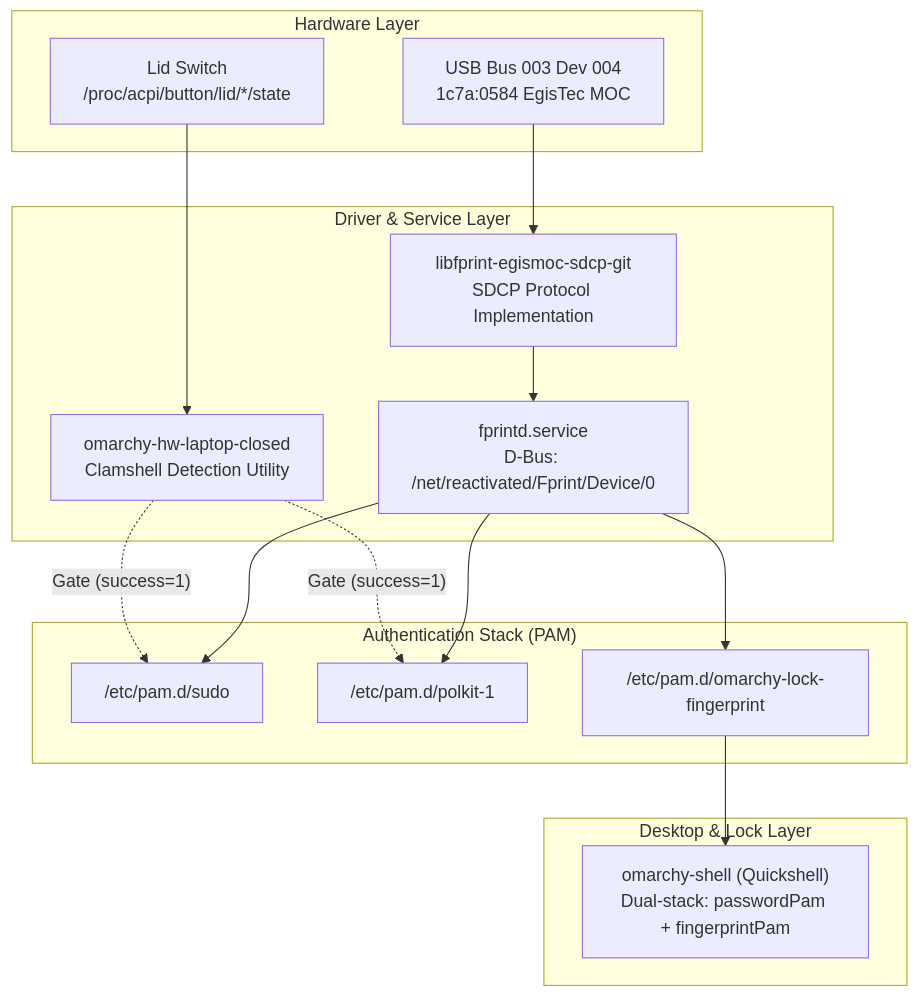
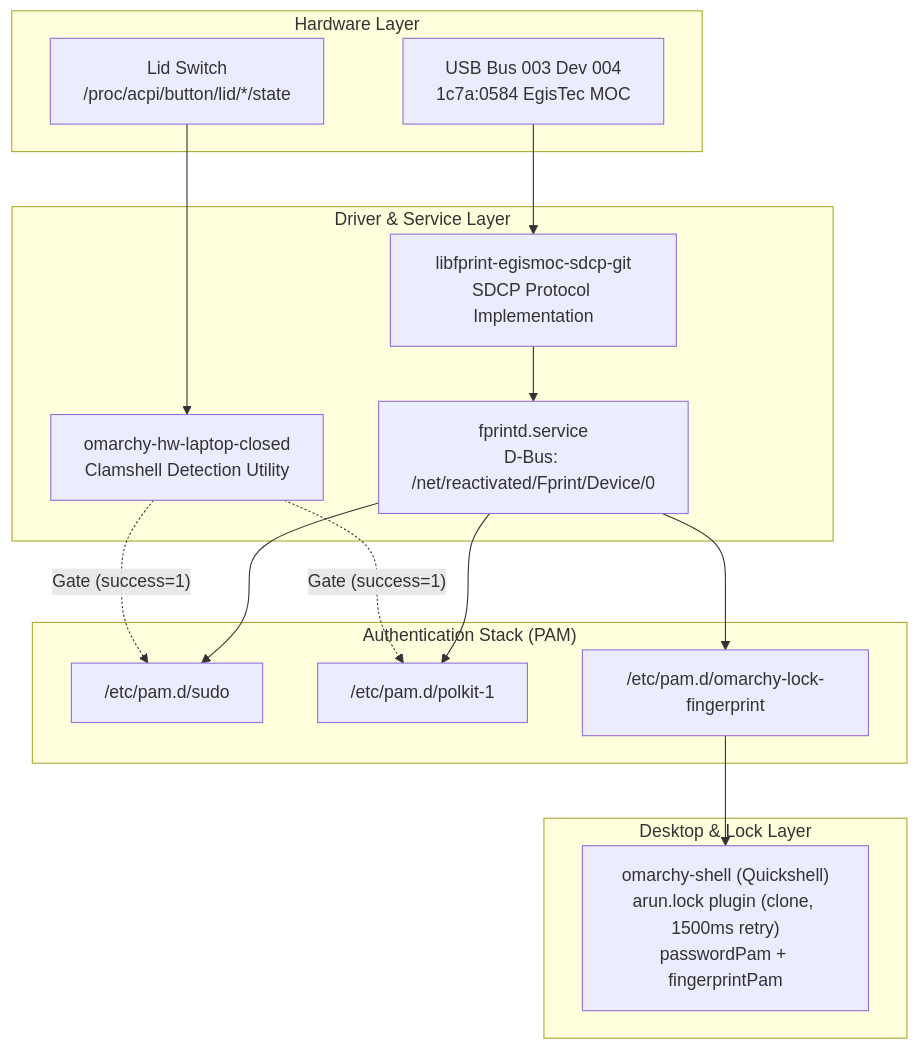
The diagram in SYSTEM_HEALTH_AND_AUTH_AUDIT.md (dev-learner-supreme/omarchy-quattro-dotfiles), drawn with Mermaid before and after one commit. The commit also changed other lines of this file and 12 other files, not shown here.

Commit message:
Mirador: bindings, gestures, scoped blur; keep shell.json plugin   state per machine

````diff
--- a/SYSTEM_HEALTH_AND_AUTH_AUDIT.md
+++ b/SYSTEM_HEALTH_AND_AUTH_AUDIT.md
@@ -29,32 +38,32 @@
 ```mermaid
 flowchart TD
   subgraph Hardware ["Hardware Layer"]
     USB["USB Bus 003 Dev 004<br/>1c7a:0584 EgisTec MOC"]
     Lid["Lid Switch<br/>/proc/acpi/button/lid/*/state"]
   end
 
   subgraph Drivers ["Driver & Service Layer"]
     SDCP["libfprint-egismoc-sdcp-git<br/>SDCP Protocol Implementation"]
     FPRINTD["fprintd.service<br/>D-Bus: /net/reactivated/Fprint/Device/0"]
     CLAM["omarchy-hw-laptop-closed<br/>Clamshell Detection Utility"]
   end
 
   subgraph PAM ["Authentication Stack (PAM)"]
     SUDO["/etc/pam.d/sudo"]
     POLKIT["/etc/pam.d/polkit-1"]
     LOCK["/etc/pam.d/omarchy-lock-fingerprint"]
   end
 
   subgraph Shell ["Desktop & Lock Layer"]
-    QS["omarchy-shell (Quickshell)<br/>Dual-stack: passwordPam + fingerprintPam"]
+    QS["omarchy-shell (Quickshell)<br/>arun.lock plugin (clone, 1500ms retry)<br/>passwordPam + fingerprintPam"]
   end
 
   USB --> SDCP --> FPRINTD
   Lid --> CLAM
   CLAM -.->|"Gate (success=1)"| SUDO
   CLAM -.->|"Gate (success=1)"| POLKIT
   FPRINTD --> SUDO
   FPRINTD --> POLKIT
   FPRINTD --> LOCK
   LOCK --> QS
 ```
````
